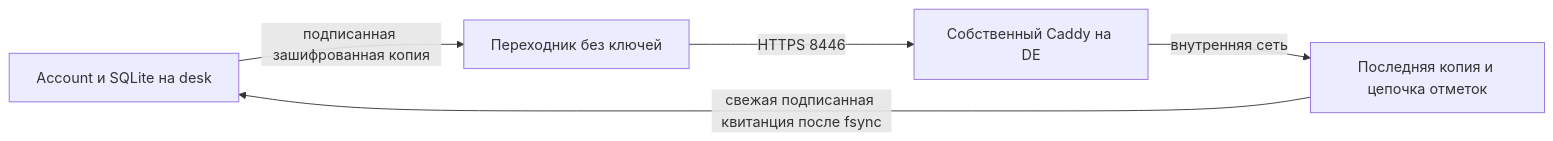
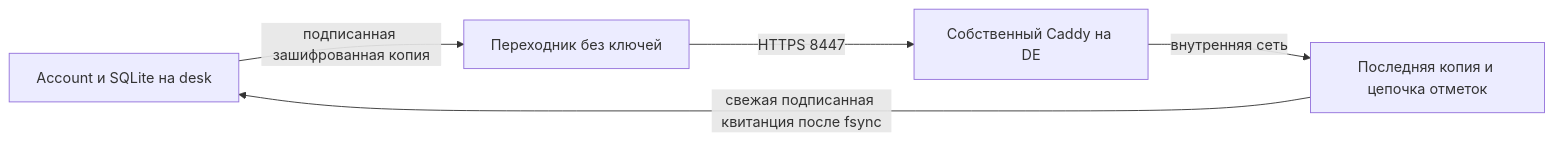
Before and after one commit to michailr1/FuntiDesk: the diagram in docs/ADR-011-account-recovery.md, drawn with Mermaid. The commit also changed 7 other files, not shown here.

````diff
--- a/docs/ADR-011-account-recovery.md
+++ b/docs/ADR-011-account-recovery.md
@@ -17,7 +17,7 @@
 ```mermaid
 flowchart LR
   API[Account и SQLite на desk] -->|подписанная зашифрованная копия| Relay[Переходник без ключей]
-  Relay -->|HTTPS 8446| TLS[Собственный Caddy на DE]
+  Relay -->|HTTPS 8447| TLS[Собственный Caddy на DE]
   TLS -->|внутренняя сеть| Witness[Последняя копия и цепочка отметок]
   Witness -->|свежая подписанная квитанция после fsync| API
 ```
````
